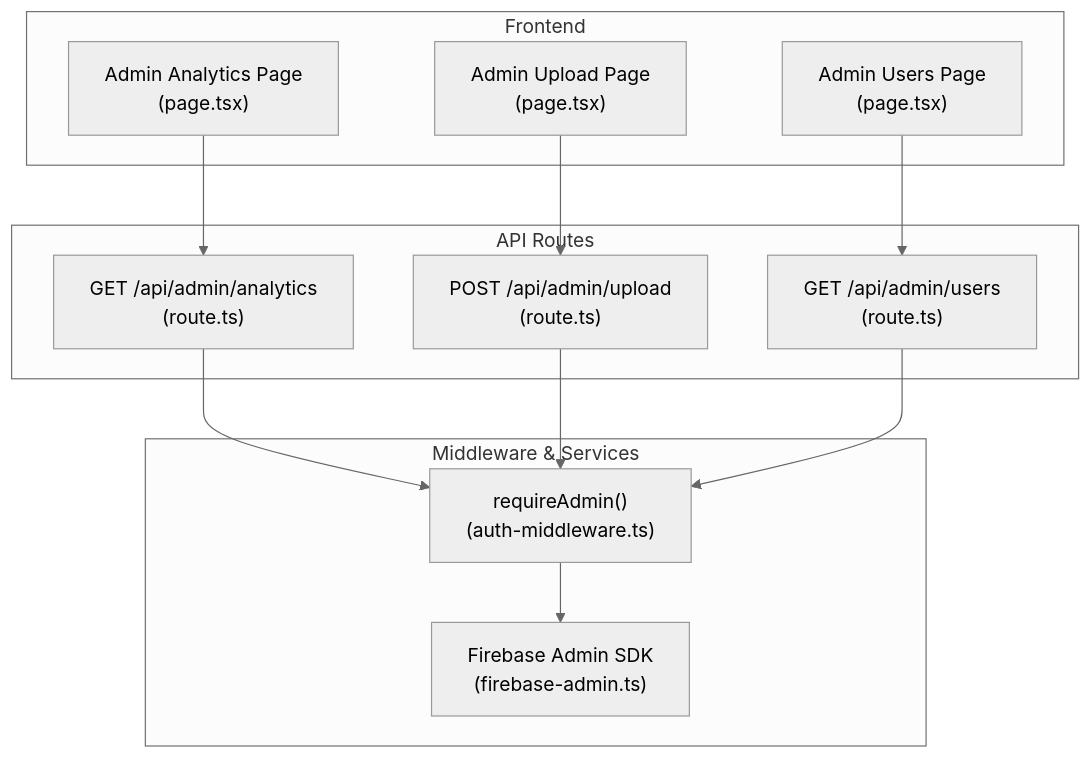
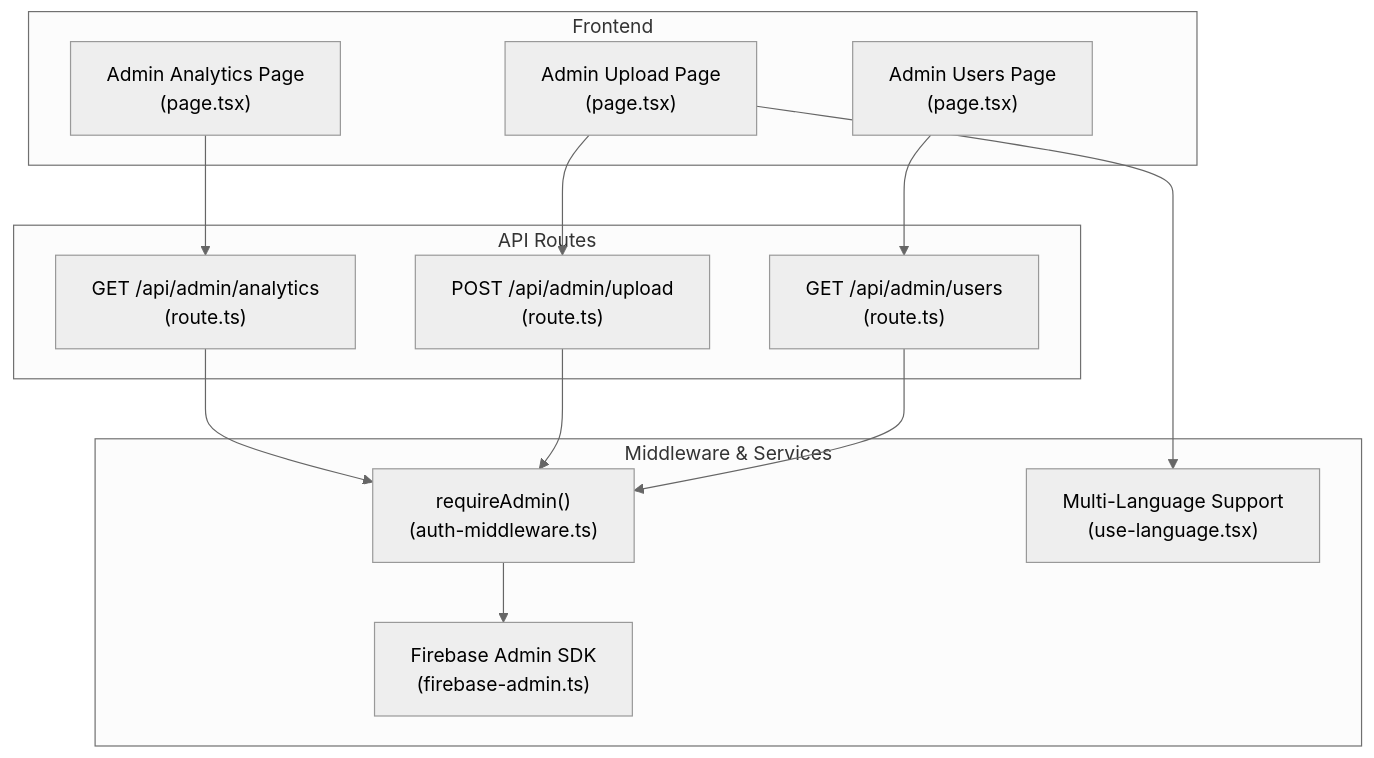
The first of 7 diagrams in .qoder/repowiki/en/content/API Reference/Admin Operations APIs.md (alikizang/datafrica), drawn with Mermaid (neutral theme) before and after one commit. The commit also changed other lines of this file and 21 other files, not shown here.

````diff
--- a/.qoder/repowiki/en/content/API Reference/Admin Operations APIs.md
+++ b/.qoder/repowiki/en/content/API Reference/Admin Operations APIs.md
@@ -40,24 +48,26 @@
 ```mermaid
 graph TB
 subgraph "Frontend"
 A["Admin Analytics Page<br/>(page.tsx)"]
 B["Admin Upload Page<br/>(page.tsx)"]
 C["Admin Users Page<br/>(page.tsx)"]
 end
 subgraph "API Routes"
 R1["GET /api/admin/analytics<br/>(route.ts)"]
 R2["POST /api/admin/upload<br/>(route.ts)"]
 R3["GET /api/admin/users<br/>(route.ts)"]
 end
 subgraph "Middleware & Services"
 M["requireAdmin()<br/>(auth-middleware.ts)"]
 F["Firebase Admin SDK<br/>(firebase-admin.ts)"]
+L["Multi-Language Support<br/>(use-language.tsx)"]
 end
 A --> R1
 B --> R2
 C --> R3
 R1 --> M
 R2 --> M
 R3 --> M
 M --> F
+B --> L
 ```
````
